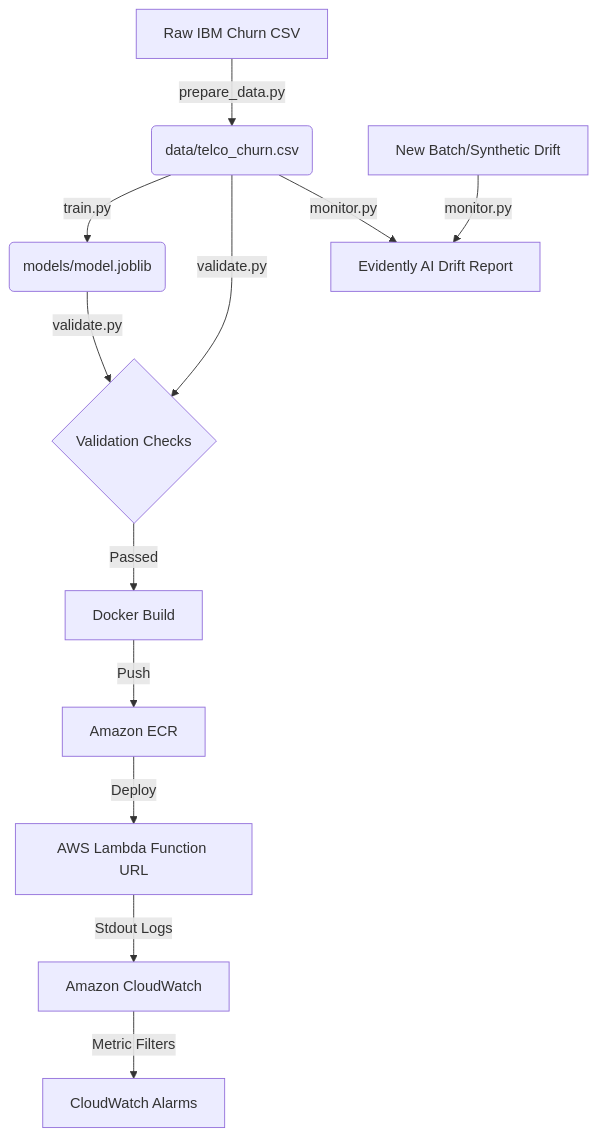
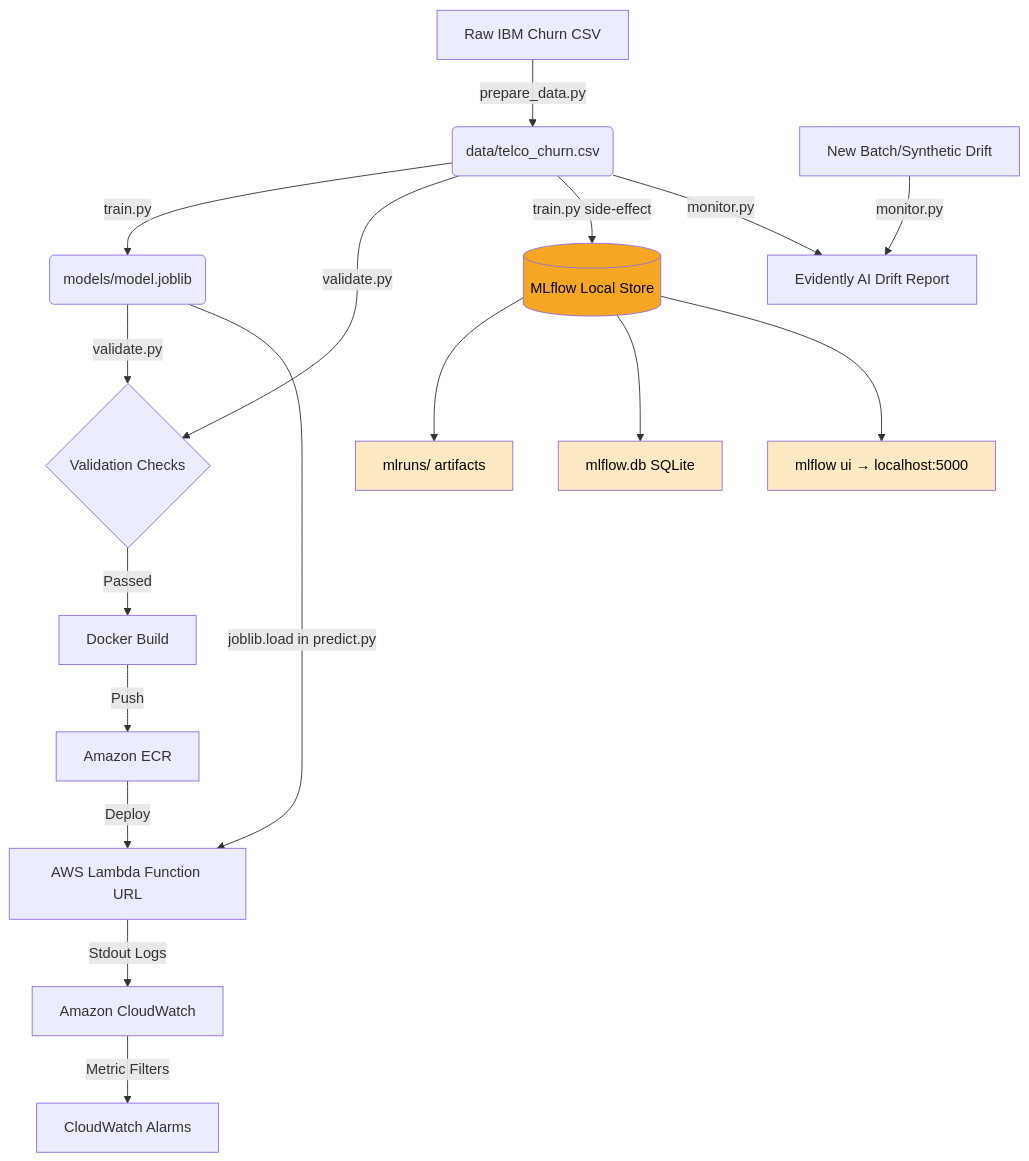
The diagram in README.md (shimul-iut/mlops-poc-telco-churn), drawn with Mermaid before and after one commit. The commit also changed other lines of this file and 14 other files, not shown here.

````diff
--- a/README.md
+++ b/README.md
@@ -9,17 +9,31 @@
 ```mermaid
 graph TD
     A[Raw IBM Churn CSV] -->|prepare_data.py| B(data/telco_churn.csv)
     B -->|train.py| C(models/model.joblib)
     B -->|validate.py| D{Validation Checks}
     C -->|validate.py| D
-    
+
+    %% MLflow is a local side-effect of training only
+    B -->|train.py side-effect| L[(MLflow Local Store)]
+    L --> L1[mlruns/ artifacts]
+    L --> L2[mlflow.db SQLite]
+    L --> L3[mlflow ui → localhost:5000]
+
     D -->|Passed| E[Docker Build]
     E -->|Push| F[Amazon ECR]
     F -->|Deploy| G[AWS Lambda Function URL]
-    
+
+    %% Deployment uses joblib directly — MLflow is NOT involved
+    C -->|joblib.load in predict.py| G
+
     G -->|Stdout Logs| H[Amazon CloudWatch]
     H -->|Metric Filters| I[CloudWatch Alarms]
-    
+
     B -->|monitor.py| J[Evidently AI Drift Report]
     K[New Batch/Synthetic Drift] -->|monitor.py| J
+
+    style L fill:#f5a623,color:#000
+    style L1 fill:#fde9c4,color:#000
+    style L2 fill:#fde9c4,color:#000
+    style L3 fill:#fde9c4,color:#000
 ```
````
